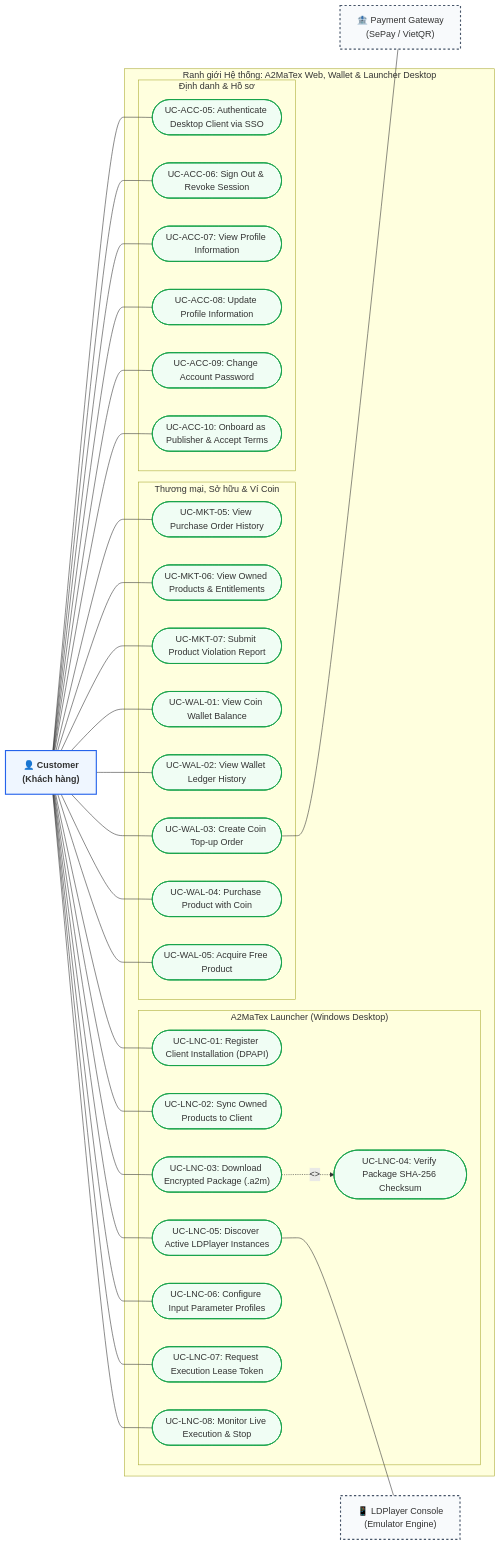
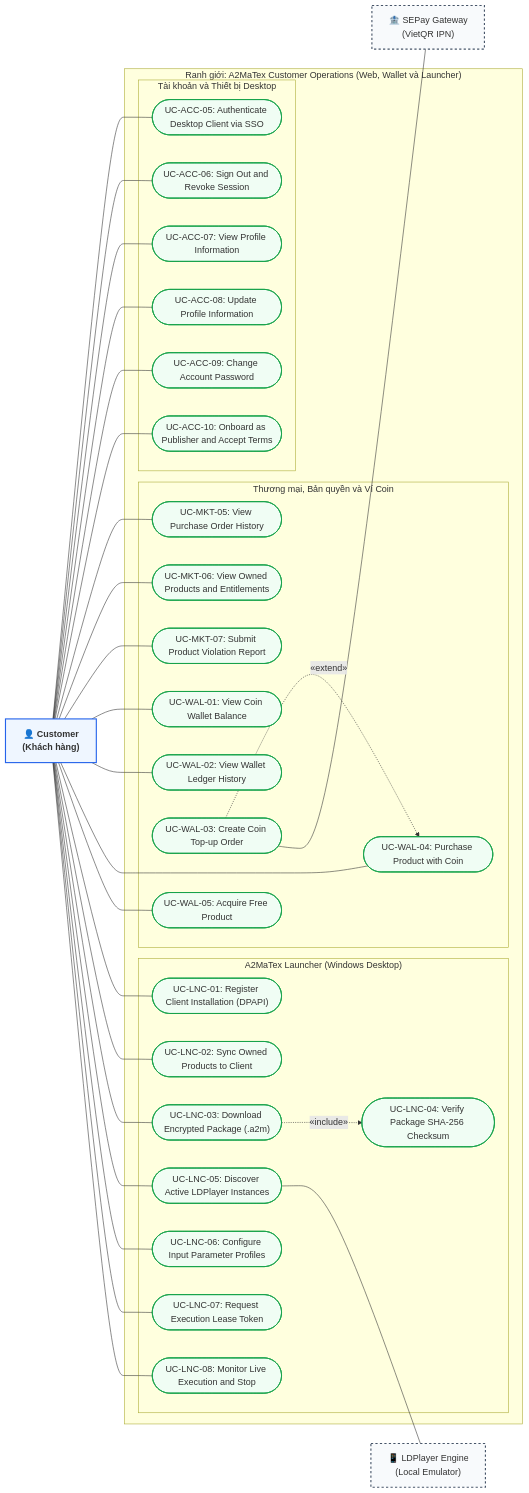
The third of 5 diagrams in A2MATEX_USE_CASE_ASSIGNMENT.md (A2MaTex/a2matex-khuyentv-share), drawn with Mermaid before and after one commit. The commit also changed other lines of this file and 1 other file, not shown here.

````diff
--- a/A2MATEX_USE_CASE_ASSIGNMENT.md
+++ b/A2MATEX_USE_CASE_ASSIGNMENT.md
@@ -95,71 +172,73 @@
 ```mermaid
 flowchart LR
     classDef actor fill:#eff6ff,stroke:#2563eb,stroke-width:2px,font-weight:bold;
     classDef usecase fill:#f0fdf4,stroke:#16a34a,stroke-width:1.5px;
     classDef external fill:#f8fafc,stroke:#475569,stroke-width:2px,stroke-dasharray: 4 4;
 
     Customer["👤 Customer<br>(Khách hàng)"]:::actor
-    PaymentGateway["🏦 Payment Gateway<br>(SePay / VietQR)"]:::external
-    LDPlayerEngine["📱 LDPlayer Console<br>(Emulator Engine)"]:::external
+    PaymentGateway["🏦 SEPay Gateway<br>(VietQR IPN)"]:::external
+    LDPlayerEngine["📱 LDPlayer Engine<br>(Local Emulator)"]:::external
 
-    subgraph Boundary_Customer["Ranh giới Hệ thống: A2MaTex Web, Wallet & Launcher Desktop"]
-        subgraph Group_Auth["Định danh & Hồ sơ"]
+    subgraph Boundary_Customer["Ranh giới: A2MaTex Customer Operations (Web, Wallet và Launcher)"]
+        subgraph Group_Auth["Tài khoản và Thiết bị Desktop"]
             UC_ACC_05(["UC-ACC-05: Authenticate Desktop Client via SSO"]):::usecase
-            UC_ACC_06(["UC-ACC-06: Sign Out & Revoke Session"]):::usecase
+            UC_ACC_06(["UC-ACC-06: Sign Out and Revoke Session"]):::usecase
             UC_ACC_07(["UC-ACC-07: View Profile Information"]):::usecase
             UC_ACC_08(["UC-ACC-08: Update Profile Information"]):::usecase
             UC_ACC_09(["UC-ACC-09: Change Account Password"]):::usecase
-            UC_ACC_10(["UC-ACC-10: Onboard as Publisher & Accept Terms"]):::usecase
+            UC_ACC_10(["UC-ACC-10: Onboard as Publisher and Accept Terms"]):::usecase
         end
 
-        subgraph Group_Commerce["Thương mại, Sở hữu & Ví Coin"]
+        subgraph Group_Commerce["Thương mại, Bản quyền và Ví Coin"]
             UC_MKT_05(["UC-MKT-05: View Purchase Order History"]):::usecase
-            UC_MKT_06(["UC-MKT-06: View Owned Products & Entitlements"]):::usecase
+            UC_MKT_06(["UC-MKT-06: View Owned Products and Entitlements"]):::usecase
             UC_MKT_07(["UC-MKT-07: Submit Product Violation Report"]):::usecase
             UC_WAL_01(["UC-WAL-01: View Coin Wallet Balance"]):::usecase
             UC_WAL_02(["UC-WAL-02: View Wallet Ledger History"]):::usecase
             UC_WAL_03(["UC-WAL-03: Create Coin Top-up Order"]):::usecase
             UC_WAL_04(["UC-WAL-04: Purchase Product with Coin"]):::usecase
             UC_WAL_05(["UC-WAL-05: Acquire Free Product"]):::usecase
         end
 
         subgraph Group_Launcher["A2MaTex Launcher (Windows Desktop)"]
             UC_LNC_01(["UC-LNC-01: Register Client Installation (DPAPI)"]):::usecase
             UC_LNC_02(["UC-LNC-02: Sync Owned Products to Client"]):::usecase
             UC_LNC_03(["UC-LNC-03: Download Encrypted Package (.a2m)"]):::usecase
             UC_LNC_04(["UC-LNC-04: Verify Package SHA-256 Checksum"]):::usecase
             UC_LNC_05(["UC-LNC-05: Discover Active LDPlayer Instances"]):::usecase
             UC_LNC_06(["UC-LNC-06: Configure Input Parameter Profiles"]):::usecase
             UC_LNC_07(["UC-LNC-07: Request Execution Lease Token"]):::usecase
-            UC_LNC_08(["UC-LNC-08: Monitor Live Execution & Stop"]):::usecase
+            UC_LNC_08(["UC-LNC-08: Monitor Live Execution and Stop"]):::usecase
         end
     end
 
+    %% Customer Connections
     Customer --- UC_ACC_05
     Customer --- UC_ACC_06
     Customer --- UC_ACC_07
     Customer --- UC_ACC_08
     Customer --- UC_ACC_09
     Customer --- UC_ACC_10
 
     Customer --- UC_MKT_05
     Customer --- UC_MKT_06
     Customer --- UC_MKT_07
     Customer --- UC_WAL_01
     Customer --- UC_WAL_02
-    Customer --- UC_WAL_03
     Customer --- UC_WAL_04
     Customer --- UC_WAL_05
 
     Customer --- UC_LNC_01
     Customer --- UC_LNC_02
     Customer --- UC_LNC_03
     Customer --- UC_LNC_05
     Customer --- UC_LNC_06
     Customer --- UC_LNC_07
     Customer --- UC_LNC_08
 
+    %% Relationships
+    UC_WAL_03 -.->|«extend»| UC_WAL_04
+    UC_LNC_03 -.->|«include»| UC_LNC_04
     UC_WAL_03 --- PaymentGateway
-    UC_LNC_03 -.->|<<include>>| UC_LNC_04
     UC_LNC_05 --- LDPlayerEngine
 ```
````
